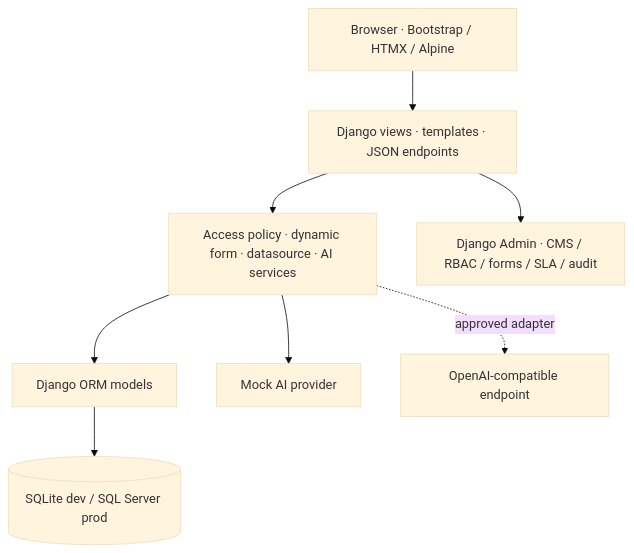
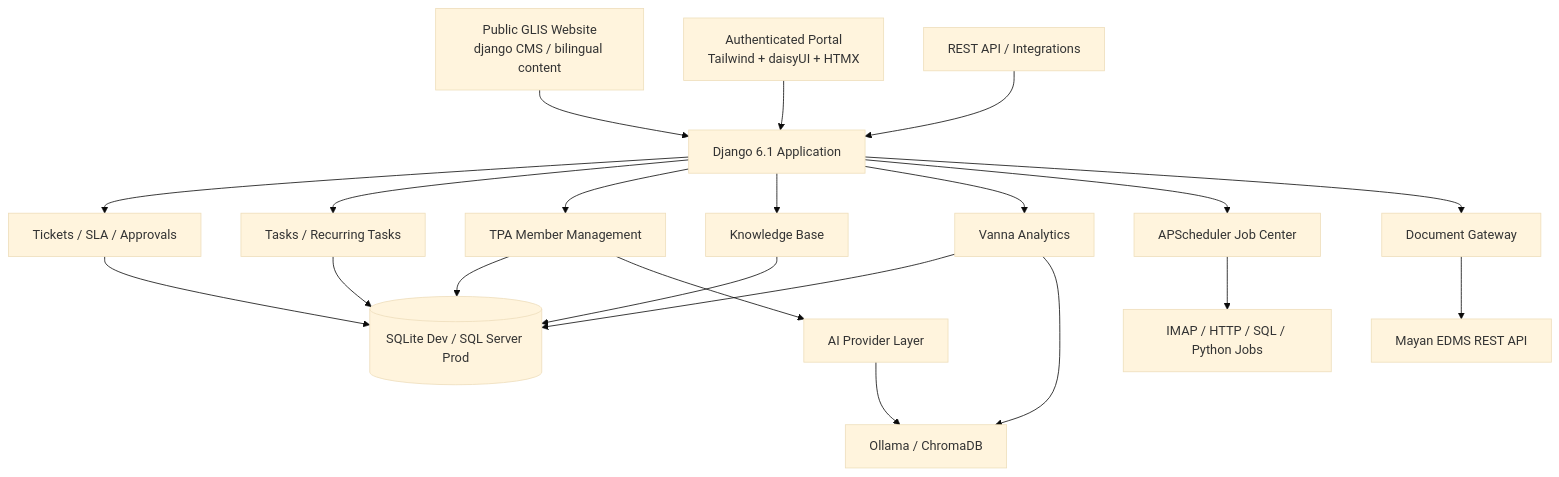
One commit to nasirsaikh/glis_enterprise_v3 changed the first of 3 diagrams in README.md. Above: the diagram before and after it, drawn with Mermaid (base theme). The commit also changed other lines of this file, not shown here.

Commit message:
Rewrite README for current GLIS platform and TPA workflows

````diff
--- a/README.md
+++ b/README.md
@@ -36,10 +87,26 @@
-```mermaid
+~~~mermaid
 flowchart TB
-    Browser["Browser · Bootstrap / HTMX / Alpine"] --> Views["Django views · templates · JSON endpoints"]
-    Views --> Services["Access policy · dynamic form · datasource · AI services"]
-    Services --> Models["Django ORM models"]
-    Models --> DB[("SQLite dev / SQL Server prod")]
-    Services --> MockAI["Mock AI provider"]
-    Services -. approved adapter .-> ExternalAI["OpenAI-compatible endpoint"]
-    Views --> Admin["Django Admin · CMS / RBAC / forms / SLA / audit"]
-```
+    Public["Public GLIS Website<br/>django CMS / bilingual content"] --> Django["Django 6.1 Application"]
+    Portal["Authenticated Portal<br/>Tailwind + daisyUI + HTMX"] --> Django
+    API["REST API / Integrations"] --> Django
+
+    Django --> Tickets["Tickets / SLA / Approvals"]
+    Django --> Tasks["Tasks / Recurring Tasks"]
+    Django --> TPA["TPA Member Management"]
+    Django --> Knowledge["Knowledge Base"]
+    Django --> Analytics["Vanna Analytics"]
+    Django --> JobCenter["APScheduler Job Center"]
+    Django --> Documents["Document Gateway"]
+
+    Tickets --> DB[("SQLite Dev / SQL Server Prod")]
+    Tasks --> DB
+    TPA --> DB
+    Knowledge --> DB
+    Analytics --> DB
+
+    TPA --> AI["AI Provider Layer"]
+    Analytics --> Ollama["Ollama / ChromaDB"]
+    AI --> Ollama
+    Documents --> Mayan["Mayan EDMS REST API"]
+    JobCenter --> Mail["IMAP / HTTP / SQL / Python Jobs"]
+~~~
````
